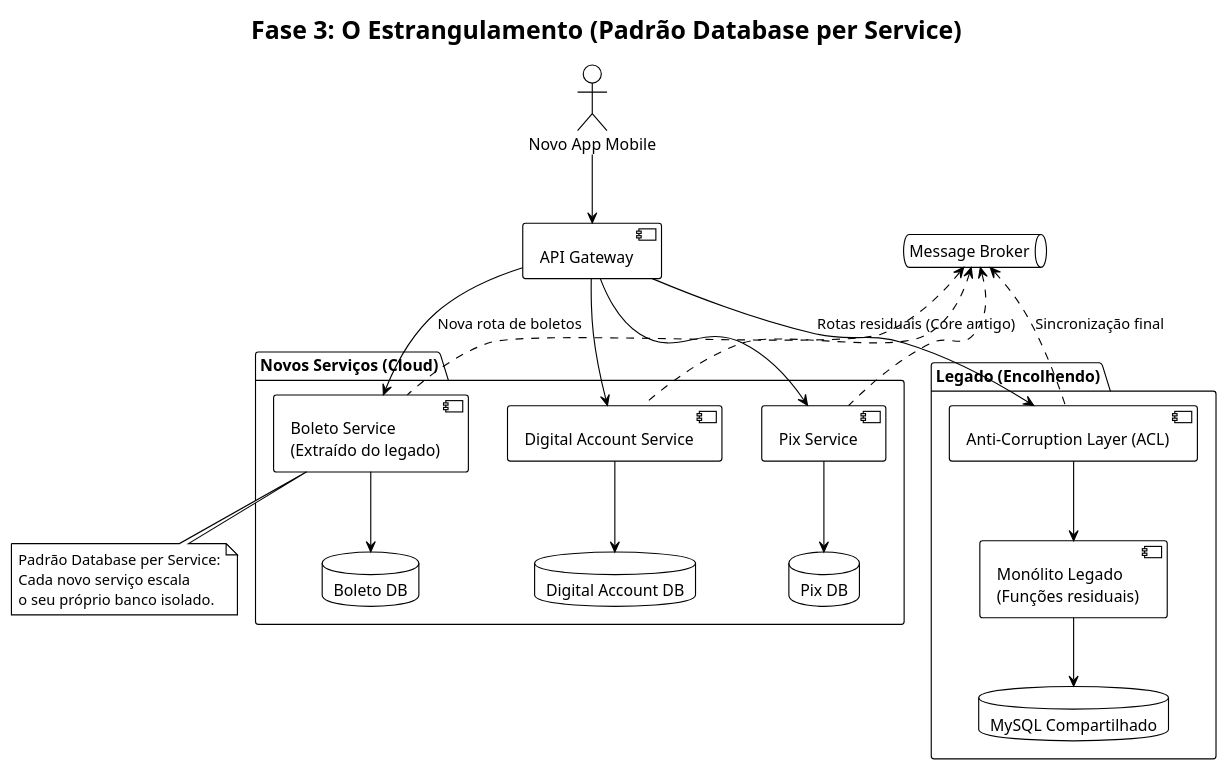
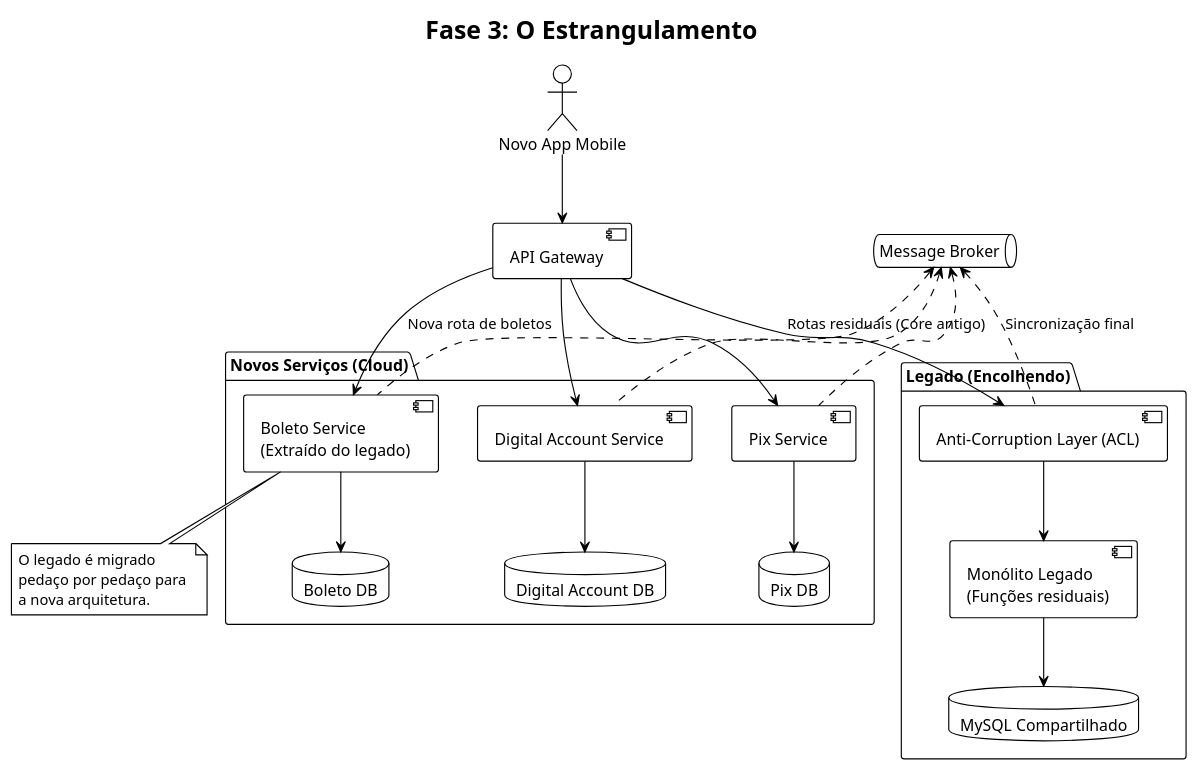
One commit to daniel-apolinario/puc-microservices changed the fourth of 4 diagrams in README.md. Above: the diagram before and after it, drawn with PlantUML.

Commit message:
Revise title and note for Fase 3
Updated title and note in the README for clarity.

````diff
--- a/README.md
+++ b/README.md
@@ -160,63 +160,63 @@
 ```plantuml
 @startuml
 !theme plain
 skinparam componentStyle uml2
 
 <style>
 document {
   Padding 5
 }
 node {
   Padding 20
 }
 </style>
 
-title Fase 3: O Estrangulamento (Padrão Database per Service)
+title Fase 3: O Estrangulamento
 
 actor "Novo App Mobile" as App
 component "API Gateway" as Gateway
 queue "Message Broker" as Broker
 
 package "Novos Serviços (Cloud)" {
     component "Pix Service" as PixMS
     database "Pix DB" as PixDB
     PixMS -down-> PixDB
     
     component "Digital Account Service" as DigAccountMS
     database "Digital Account DB" as DigAccountDB
     DigAccountMS -down-> DigAccountDB
     
     component "Boleto Service\n(Extraído do legado)" as BoletoMS
     database "Boleto DB" as BoletoDB
     BoletoMS -down-> BoletoDB
 }
 
 package "Legado (Encolhendo)" {
     component "Anti-Corruption Layer (ACL)" as ACL
     component "Monólito Legado\n(Funções residuais)" as Monolito
     database "MySQL Compartilhado" as LegadoDB
     
     ACL -down-> Monolito
     Monolito -down-> LegadoDB
 }
 
 App -down-> Gateway
 
 Gateway -down-> PixMS
 Gateway -down-> DigAccountMS
 Gateway -down-> BoletoMS : Nova rota de boletos
 Gateway -down-> ACL : Rotas residuais (Core antigo)
 
 PixMS .up.> Broker
 DigAccountMS .up.> Broker
 BoletoMS .up.> Broker
 ACL .up.> Broker : Sincronização final
 
 note bottom of BoletoMS
-  Padrão Database per Service:
-  Cada novo serviço escala 
-  o seu próprio banco isolado.
+  O legado é migrado 
+  pedaço por pedaço para 
+  a nova arquitetura.
 end note
 
 @enduml
 ```
````
